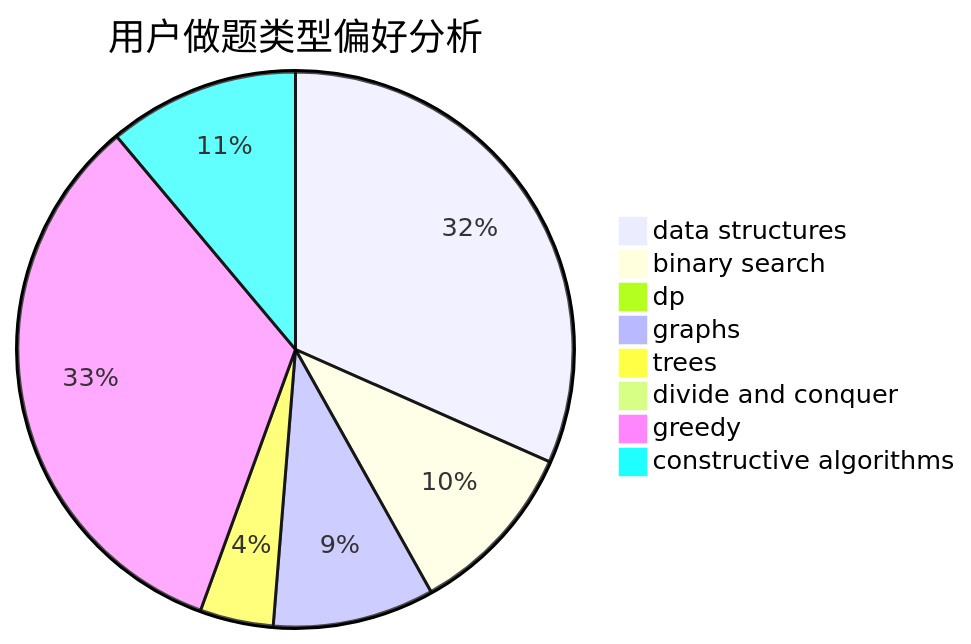
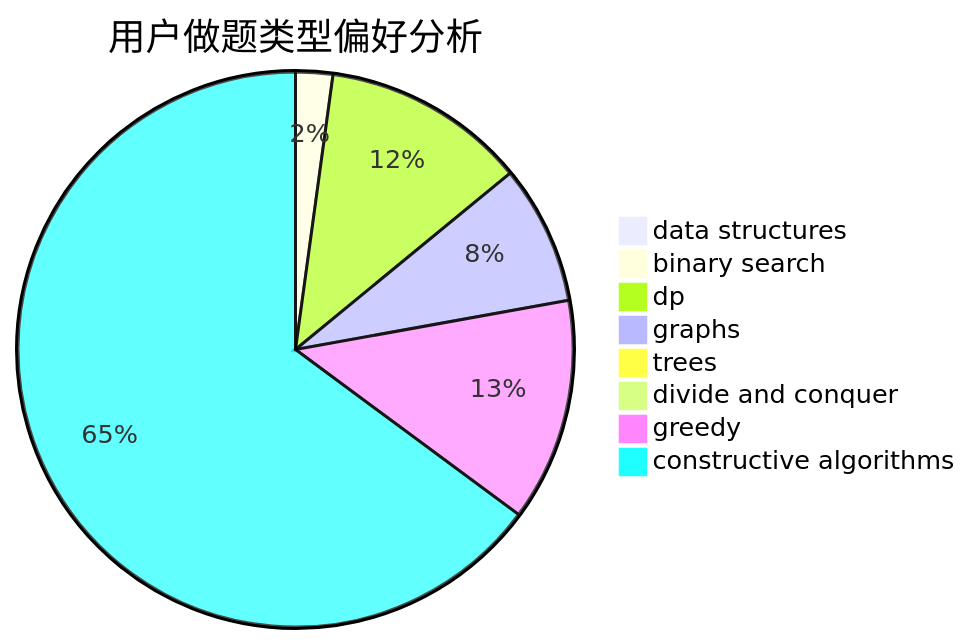
One commit to sherpahu/cfrs.github.io changed the second of 3 diagrams in docs/user/u1225.md. Above: the diagram before and after it, drawn with Mermaid. The commit also changed other lines of this file and 2770 other files, not shown here.

````diff
--- a/docs/user/u1225.md
+++ b/docs/user/u1225.md
@@ -23,11 +23,11 @@
 ```mermaid
 pie title 用户做题类型偏好分析
-    "data structures" :  37
-    "binary search" :  12
-    "dp" :  0
-    "graphs" :  11
-    "trees" :  5
+    "data structures" :  1
+    "binary search" :  4
+    "dp" :  22
+    "graphs" :  15
+    "trees" :  0
     "divide and conquer" :  0
-    "greedy" :  39
-    "constructive algorithms" :  13
+    "greedy" :  24
+    "constructive algorithms" :  120
 ```
````
